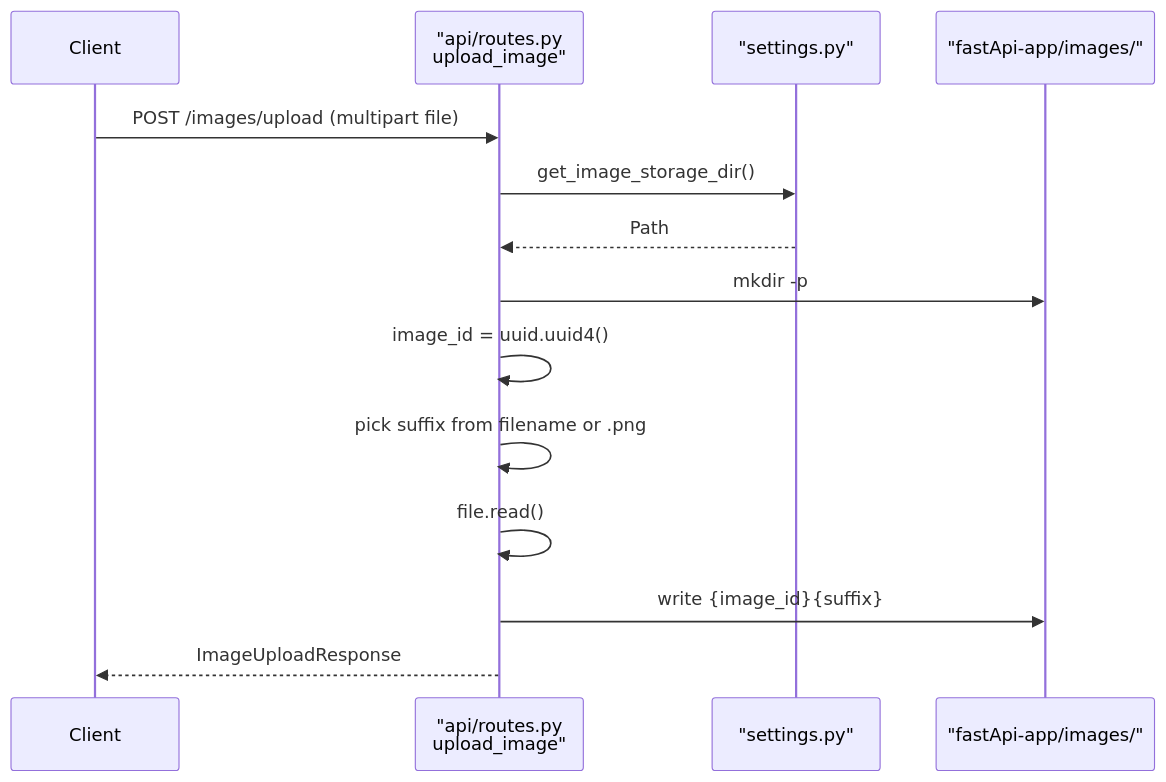
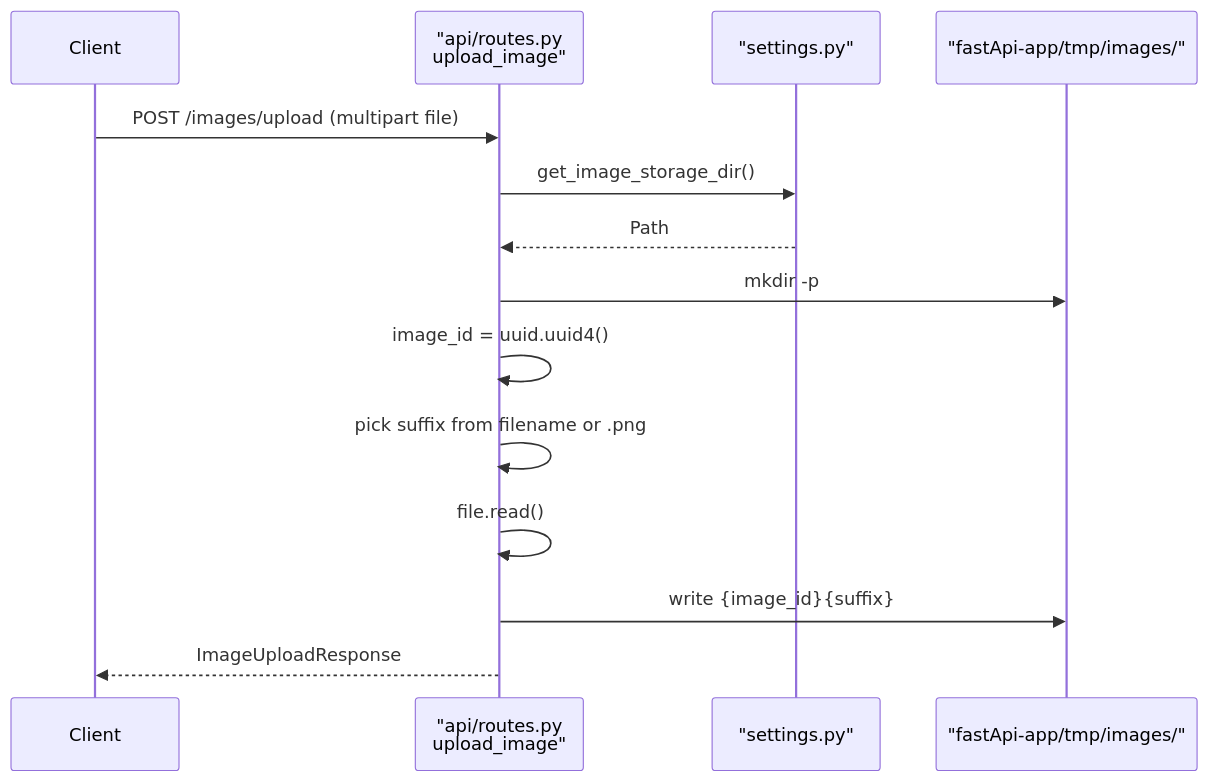
The first of 2 diagrams in docs/backend/data-flow.md (1mache/avroom), drawn with Mermaid before and after one commit. The commit also changed other lines of this file and 22 other files, not shown here.

````diff
--- a/docs/backend/data-flow.md
+++ b/docs/backend/data-flow.md
@@ -7,17 +7,17 @@
 ```mermaid
 sequenceDiagram
     participant Client
     participant Router as "api/routes.py<br/>upload_image"
     participant Settings as "settings.py"
-    participant Disk as "fastApi-app/images/"
+    participant Disk as "fastApi-app/tmp/images/"
 
     Client->>Router: POST /images/upload (multipart file)
     Router->>Settings: get_image_storage_dir()
     Settings-->>Router: Path
     Router->>Disk: mkdir -p
     Router->>Router: image_id = uuid.uuid4()
     Router->>Router: pick suffix from filename or .png
     Router->>Router: file.read()
     Router->>Disk: write {image_id}{suffix}
     Router-->>Client: ImageUploadResponse
 ```
````
